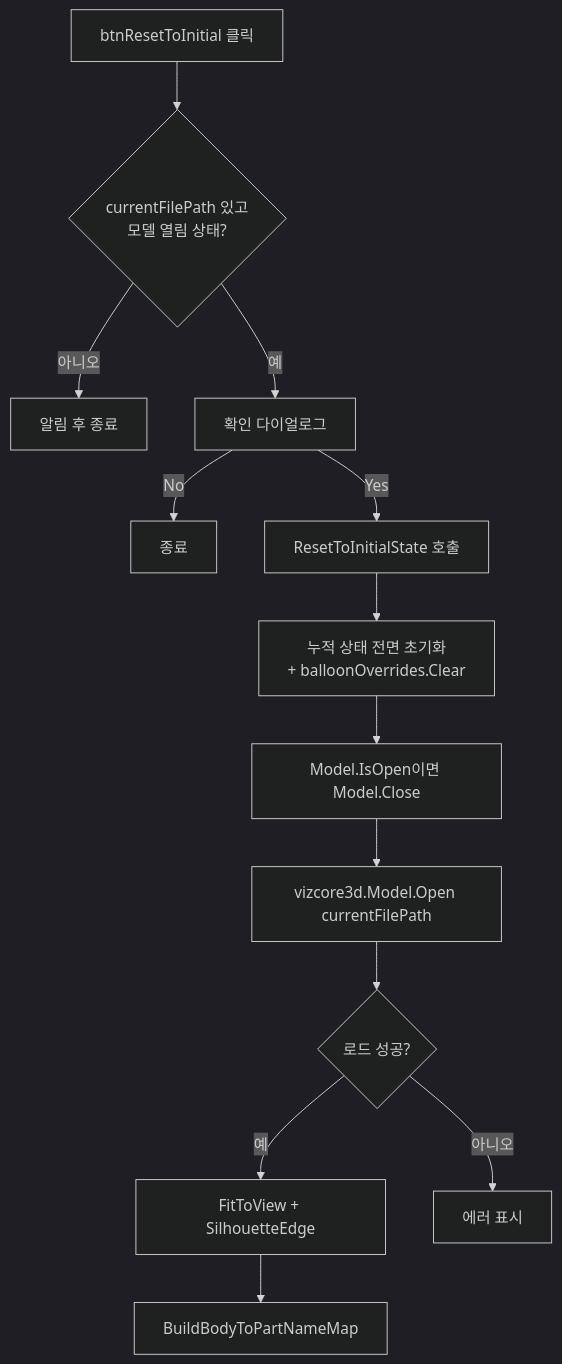
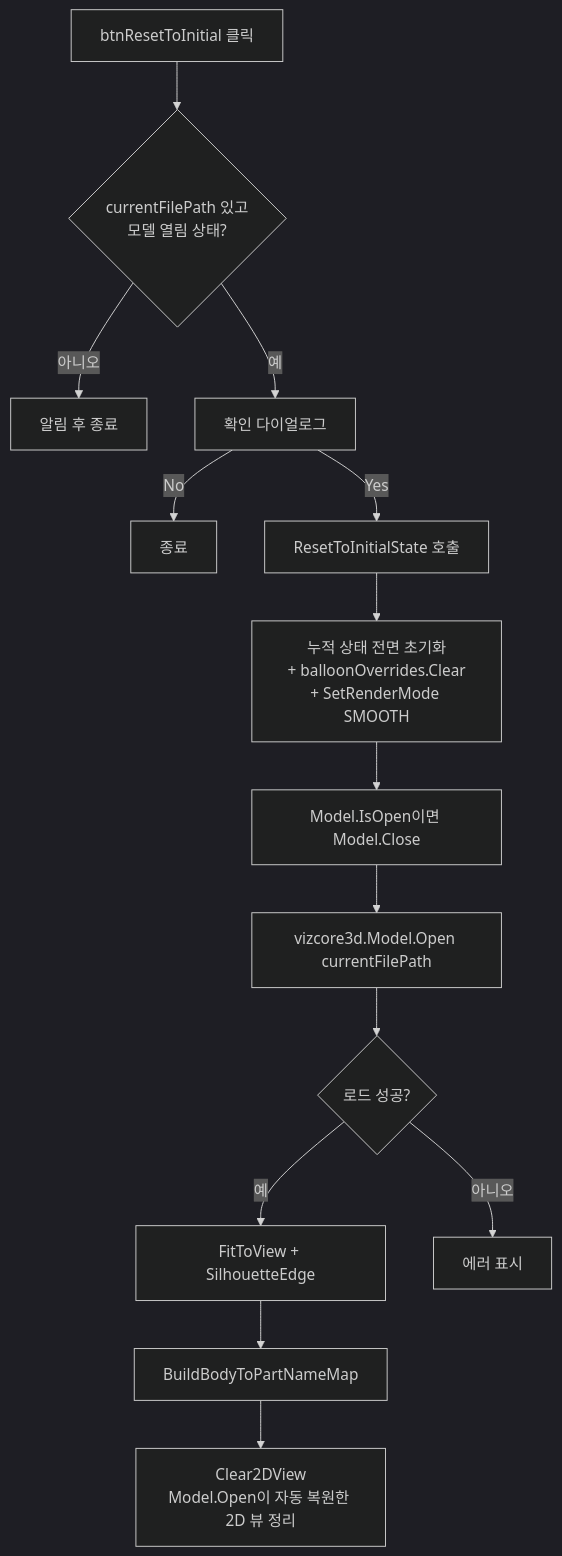
The diagram in docs/features/bom/reset-to-initial.md (uuuuj/a2z), drawn with Mermaid (dark theme) before and after one commit. The commit also changed other lines of this file and 38 other files, not shown here.

````diff
--- a/docs/features/bom/reset-to-initial.md
+++ b/docs/features/bom/reset-to-initial.md
@@ -30,15 +30,16 @@
 ```mermaid
 flowchart TD
     A[btnResetToInitial 클릭] --> B{currentFilePath 있고<br/>모델 열림 상태?}
     B -- 아니오 --> E01[알림 후 종료]
     B -- 예 --> C[확인 다이얼로그]
     C -- No --> X[종료]
     C -- Yes --> D[ResetToInitialState 호출]
-    D --> E[누적 상태 전면 초기화<br/>+ balloonOverrides.Clear]
+    D --> E[누적 상태 전면 초기화<br/>+ balloonOverrides.Clear<br/>+ SetRenderMode SMOOTH]
     E --> EC[Model.IsOpen이면 Model.Close]
     EC --> F[vizcore3d.Model.Open currentFilePath]
     F --> G{로드 성공?}
     G -- 예 --> H[FitToView + SilhouetteEdge]
     H --> I[BuildBodyToPartNameMap]
+    I --> J[Clear2DView<br/>Model.Open이 자동 복원한 2D 뷰 정리]
     G -- 아니오 --> E02[에러 표시]
 ```
````
